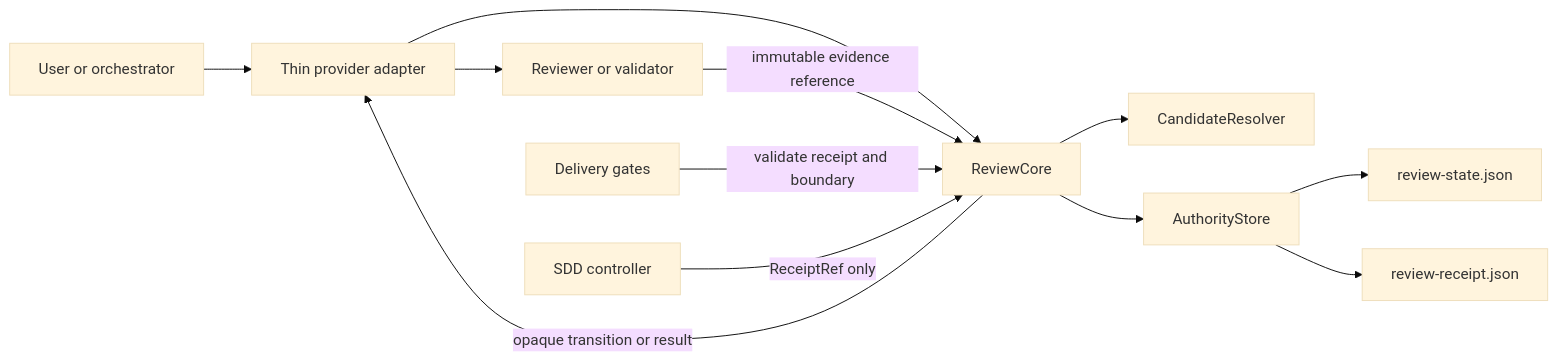
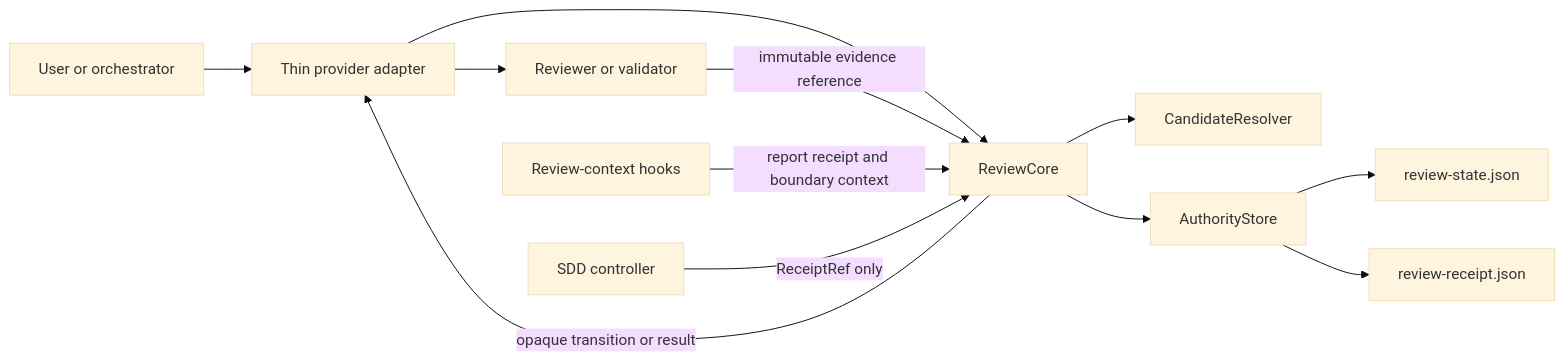
One commit to 0xErwin1/gentle-ai changed the first of 2 diagrams in docs/architecture/rdd-root-simplification-design.md. Above: the diagram before and after it, drawn with Mermaid (base theme). The commit also changed other lines of this file and 99 other files, not shown here.

````diff
--- a/docs/architecture/rdd-root-simplification-design.md
+++ b/docs/architecture/rdd-root-simplification-design.md
@@ -161,14 +162,14 @@
 ```mermaid
 flowchart LR
     U[User or orchestrator] --> A[Thin provider adapter]
     A --> C[ReviewCore]
     C --> R[CandidateResolver]
     C --> S[AuthorityStore]
     A --> E[Reviewer or validator]
     E -->|immutable evidence reference| C
     S --> ST[review-state.json]
     S --> RC[review-receipt.json]
-    G[Delivery gates] -->|validate receipt and boundary| C
+    G[Review-context hooks] -->|report receipt and boundary context| C
     D[SDD controller] -->|ReceiptRef only| C
     C -->|opaque transition or result| A
 ```
````
